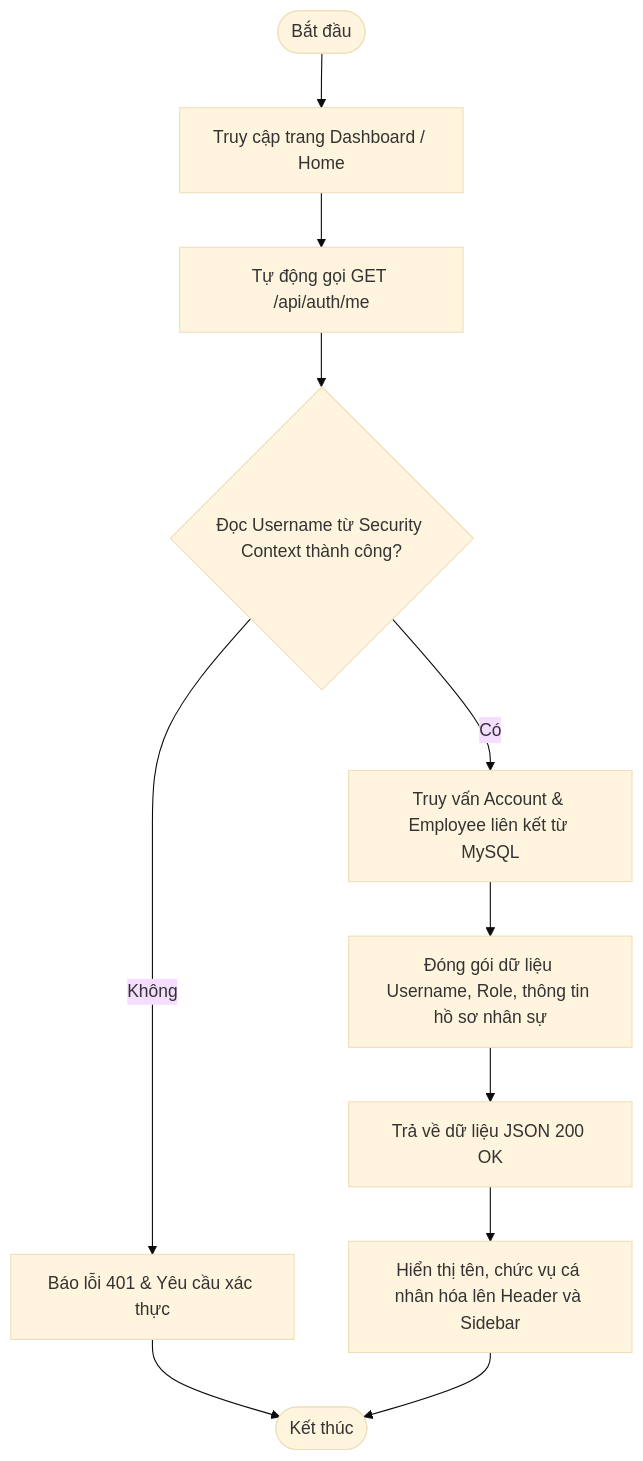
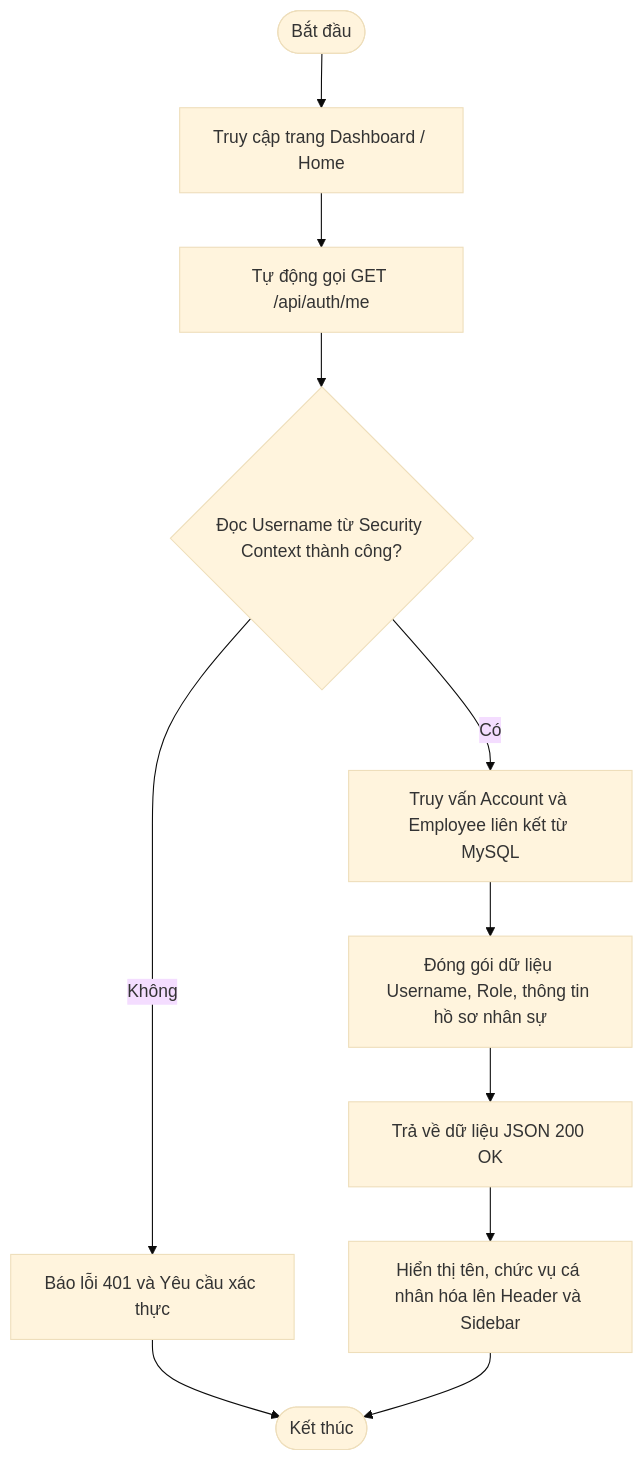
The fourth of 32 diagrams in a.md (ngocuyenle15/PIS-CNPM), drawn with Mermaid (base theme) before and after one commit. The commit also changed other lines of this file, not shown here.

````diff
--- a/a.md
+++ b/a.md
@@ -58,11 +58,11 @@
 ```mermaid
 flowchart TD
     Start([Bắt đầu]) --> LoadDashboard[Truy cập trang Dashboard / Home]
     LoadDashboard --> AutoRequest[Tự động gọi GET /api/auth/me]
     AutoRequest --> ContextCheck{Đọc Username từ Security Context thành công?}
-    ContextCheck -- Không --> Error[Báo lỗi 401 & Yêu cầu xác thực] --> End([Kết thúc])
-    ContextCheck -- Có --> SelectDB[Truy vấn Account & Employee liên kết từ MySQL]
+    ContextCheck -- Không --> Error[Báo lỗi 401 và Yêu cầu xác thực] --> End([Kết thúc])
+    ContextCheck -- Có --> SelectDB[Truy vấn Account và Employee liên kết từ MySQL]
     SelectDB --> BuildDTO[Đóng gói dữ liệu Username, Role, thông tin hồ sơ nhân sự]
     BuildDTO --> SendResponse[Trả về dữ liệu JSON 200 OK]
     SendResponse --> RenderUI[Hiển thị tên, chức vụ cá nhân hóa lên Header và Sidebar] --> End
 ```
````
